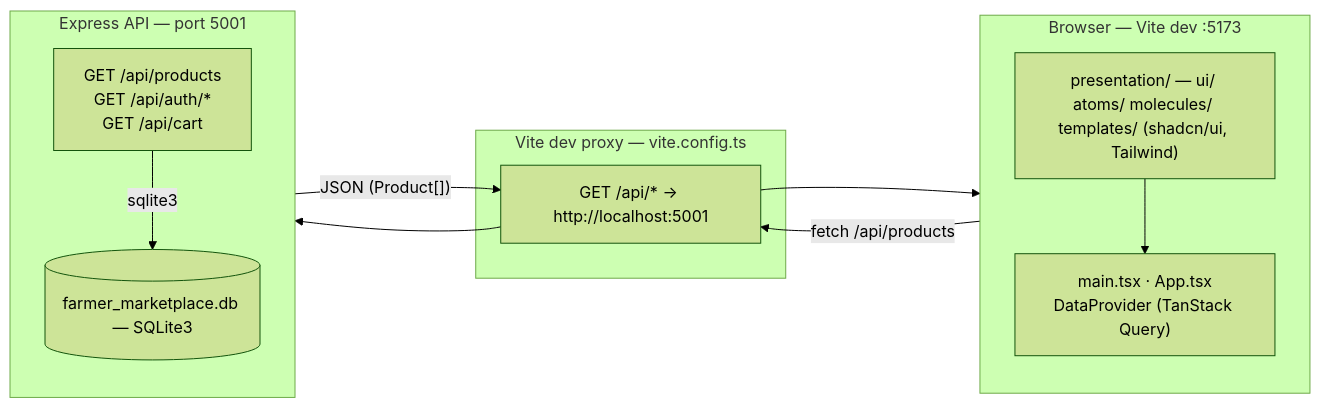
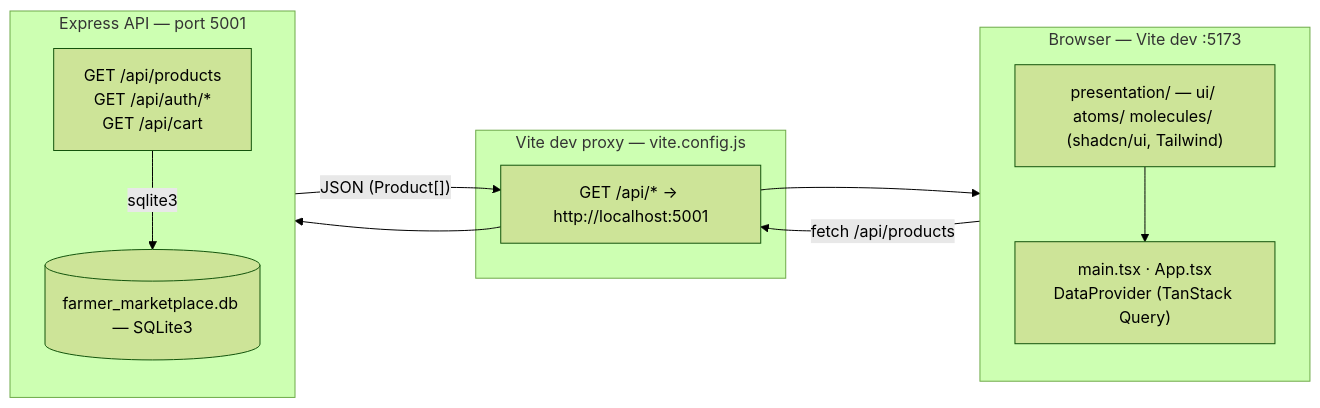
Before and after one commit to prakasa1904/ai-commerce: the first of 2 diagrams in AGENTS.md, drawn with Mermaid (forest theme). The commit also changed other lines of this file and 32 other files, not shown here.

First line of the commit message:
feat: migrate to TanStack file-based routing with layered architecture

````diff
--- a/AGENTS.md
+++ b/AGENTS.md
@@ -23,23 +25,23 @@
 ```mermaid
 flowchart LR
     subgraph client["Browser — Vite dev :5173"]
         direction TB
-        UI["presentation/ — ui/ atoms/ molecules/ templates/ (shadcn/ui, Tailwind)"]
+        UI["presentation/ — ui/ atoms/ molecules/ (shadcn/ui, Tailwind)"]
         APP["main.tsx · App.tsx<br/>DataProvider (TanStack Query)"]
         UI --> APP
     end
 
-    subgraph dev["Vite dev proxy — vite.config.ts"]
+    subgraph dev["Vite dev proxy — vite.config.js"]
         P["GET /api/* → http://localhost:5001"]
     end
 
     subgraph backend["Express API — port 5001"]
         direction TB
         A["GET /api/products<br/>GET /api/auth/*<br/>GET /api/cart"]
         DB[("farmer_marketplace.db — SQLite3")]
         A -->|sqlite3| DB
     end
 
     APP -->|"fetch /api/products"| P --> A
     A -->|"JSON (Product[])"| P --> APP
 ```
````
